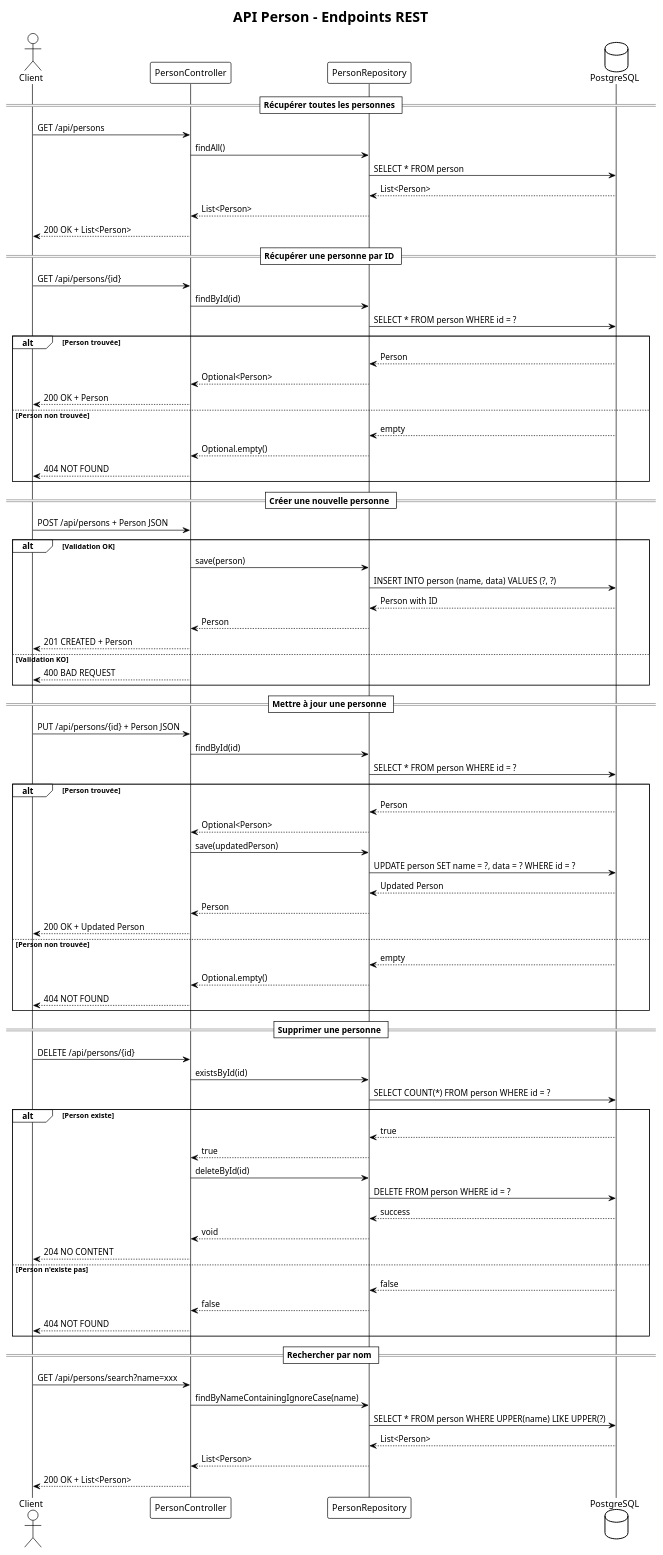
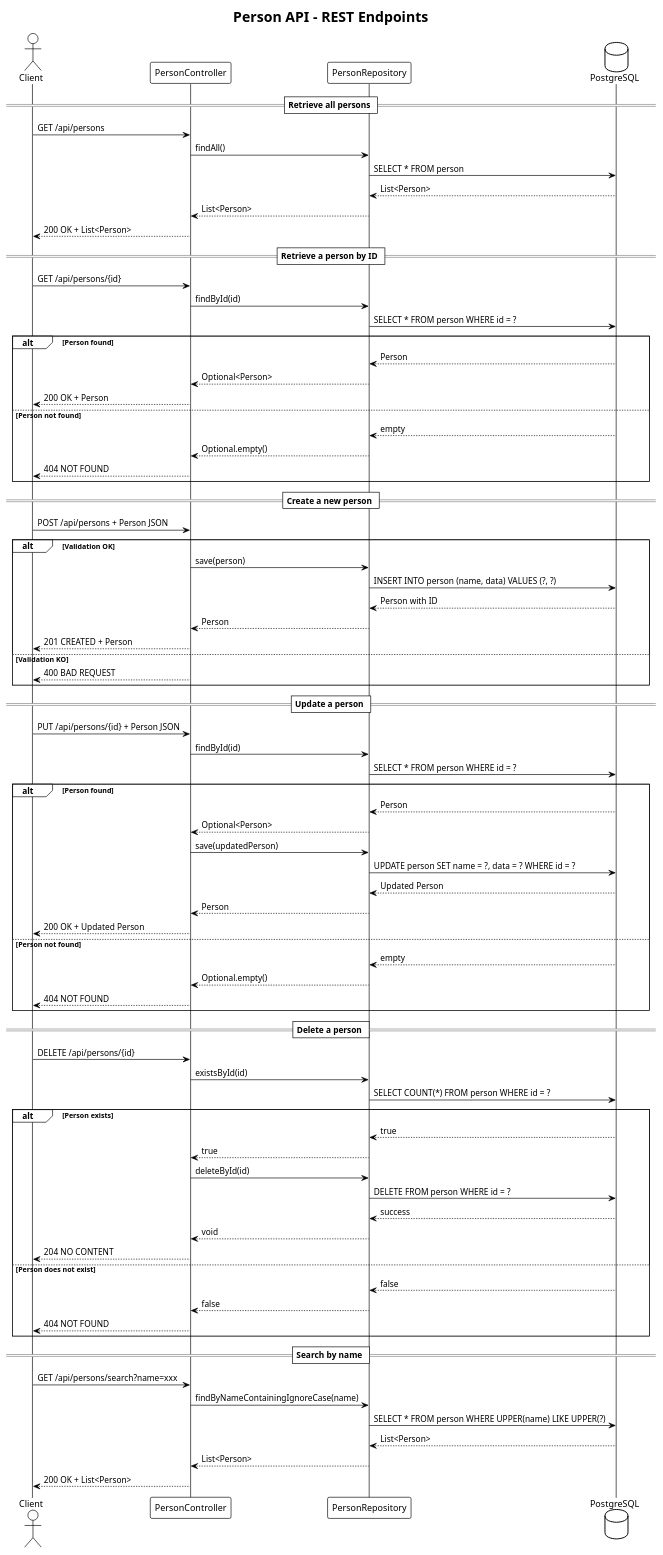
The diagram in docs/sequence-diagram.puml (DieuDuHub/springclaude), drawn with PlantUML before and after one commit. The commit also changed 2 other files, not shown here.

Commit message:
Translate PlantUML documentation to English
- Translated architecture-diagram.puml title to English
- Translated sequence-diagram.puml scenarios and content to English:
  • 'Récupérer toutes les personnes' → 'Retrieve all persons'
  • 'Récupérer une personne par ID' → 'Retrieve a person by ID'
  • 'Créer une nouvelle personne' → 'Create a new person'
  • 'Mettre à jour une personne' → 'Update a person'
  • 'Supprimer une personne' → 'Delete a person'
  • 'Rechercher par nom' → 'Search by name'
  • 'Person trouvée/non trouvée' → 'Person found/not found'
  • 'Person existe/n'existe pas' → 'Person exists/does not exist'
- Translated component-diagram.puml comments to English
- All UML documentation is now in English for international standards

```diff
--- a/docs/sequence-diagram.puml
+++ b/docs/sequence-diagram.puml
@@ -1,88 +1,88 @@
 @startuml api-endpoints
 !theme plain
-title API Person - Endpoints REST
+title Person API - REST Endpoints
 
 actor Client
 participant PersonController
 participant PersonRepository
 database PostgreSQL
 
-== Récupérer toutes les personnes ==
+== Retrieve all persons ==
 Client -> PersonController : GET /api/persons
 PersonController -> PersonRepository : findAll()
 PersonRepository -> PostgreSQL : SELECT * FROM person
 PostgreSQL --> PersonRepository : List<Person>
 PersonRepository --> PersonController : List<Person>
 PersonController --> Client : 200 OK + List<Person>
 
-== Récupérer une personne par ID ==
+== Retrieve a person by ID ==
 Client -> PersonController : GET /api/persons/{id}
 PersonController -> PersonRepository : findById(id)
 PersonRepository -> PostgreSQL : SELECT * FROM person WHERE id = ?
-alt Person trouvée
+alt Person found
     PostgreSQL --> PersonRepository : Person
     PersonRepository --> PersonController : Optional<Person>
     PersonController --> Client : 200 OK + Person
-else Person non trouvée
+else Person not found
     PostgreSQL --> PersonRepository : empty
     PersonRepository --> PersonController : Optional.empty()
     PersonController --> Client : 404 NOT FOUND
 end
 
-== Créer une nouvelle personne ==
+== Create a new person ==
 Client -> PersonController : POST /api/persons + Person JSON
 alt Validation OK
     PersonController -> PersonRepository : save(person)
     PersonRepository -> PostgreSQL : INSERT INTO person (name, data) VALUES (?, ?)
     PostgreSQL --> PersonRepository : Person with ID
     PersonRepository --> PersonController : Person
     PersonController --> Client : 201 CREATED + Person
 else Validation KO
     PersonController --> Client : 400 BAD REQUEST
 end
 
-== Mettre à jour une personne ==
+== Update a person ==
 Client -> PersonController : PUT /api/persons/{id} + Person JSON
 PersonController -> PersonRepository : findById(id)
 PersonRepository -> PostgreSQL : SELECT * FROM person WHERE id = ?
-alt Person trouvée
+alt Person found
     PostgreSQL --> PersonRepository : Person
     PersonRepository --> PersonController : Optional<Person>
     PersonController -> PersonRepository : save(updatedPerson)
     PersonRepository -> PostgreSQL : UPDATE person SET name = ?, data = ? WHERE id = ?
     PostgreSQL --> PersonRepository : Updated Person
     PersonRepository --> PersonController : Person
     PersonController --> Client : 200 OK + Updated Person
-else Person non trouvée
+else Person not found
     PostgreSQL --> PersonRepository : empty
     PersonRepository --> PersonController : Optional.empty()
     PersonController --> Client : 404 NOT FOUND
 end
 
-== Supprimer une personne ==
+== Delete a person ==
 Client -> PersonController : DELETE /api/persons/{id}
 PersonController -> PersonRepository : existsById(id)
 PersonRepository -> PostgreSQL : SELECT COUNT(*) FROM person WHERE id = ?
-alt Person existe
+alt Person exists
     PostgreSQL --> PersonRepository : true
     PersonRepository --> PersonController : true
     PersonController -> PersonRepository : deleteById(id)
     PersonRepository -> PostgreSQL : DELETE FROM person WHERE id = ?
     PostgreSQL --> PersonRepository : success
     PersonRepository --> PersonController : void
     PersonController --> Client : 204 NO CONTENT
-else Person n'existe pas
+else Person does not exist
     PostgreSQL --> PersonRepository : false
     PersonRepository --> PersonController : false
     PersonController --> Client : 404 NOT FOUND
 end
 
-== Rechercher par nom ==
+== Search by name ==
 Client -> PersonController : GET /api/persons/search?name=xxx
 PersonController -> PersonRepository : findByNameContainingIgnoreCase(name)
 PersonRepository -> PostgreSQL : SELECT * FROM person WHERE UPPER(name) LIKE UPPER(?)
 PostgreSQL --> PersonRepository : List<Person>
 PersonRepository --> PersonController : List<Person>
 PersonController --> Client : 200 OK + List<Person>
 
 @enduml
```
